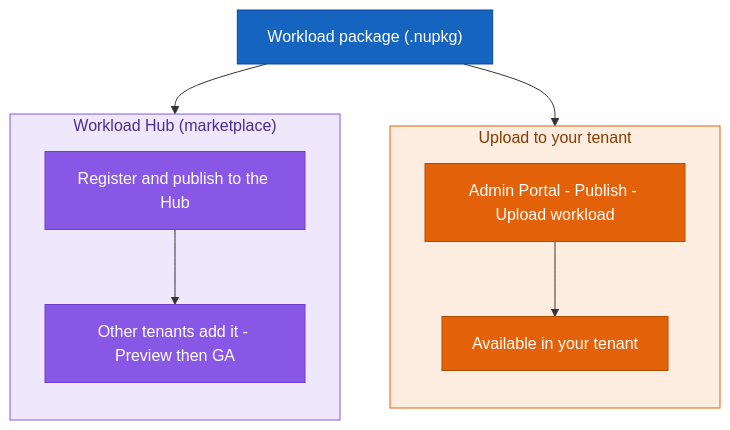
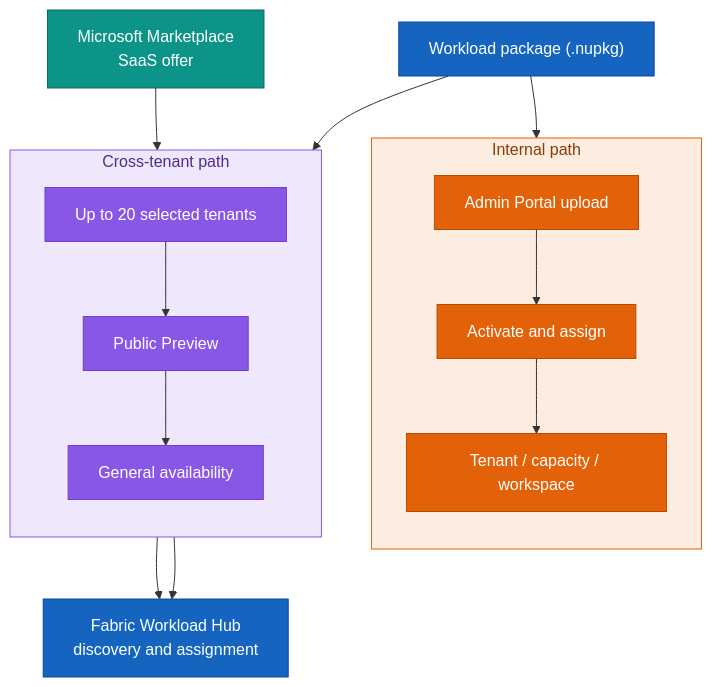
One commit to fredgis/BookWorkload changed the eighth of 8 diagrams in workload-chapter-outline.md. Above: the diagram before and after it, drawn with Mermaid. The commit also changed other lines of this file and 8 other files, not shown here.

````diff
--- a/workload-chapter-outline.md
+++ b/workload-chapter-outline.md
@@ -355,25 +382,36 @@
 ```mermaid
 flowchart TB
     PKG["Workload package (.nupkg)"]
-    subgraph A["Upload to your tenant"]
+    subgraph A["Internal path"]
         direction TB
-        UP["Admin Portal - Publish - Upload workload"]
-        TEN["Available in your tenant"]
-        UP --> TEN
+        UP["Admin Portal upload"]
+        ACT["Activate and assign"]
+        TEN["Tenant / capacity / workspace"]
+        UP --> ACT --> TEN
     end
-    subgraph B["Workload Hub (marketplace)"]
+    subgraph B["Cross-tenant path"]
         direction TB
-        HUB["Register and publish to the Hub"]
-        OTH["Other tenants add it - Preview then GA"]
-        HUB --> OTH
+        SELECTED["Up to 20 selected tenants"]
+        PREVIEW["Public Preview"]
+        GA["General availability"]
+        SELECTED --> PREVIEW --> GA
     end
+    OFFER["Microsoft Marketplace<br/>SaaS offer"]
+    HUB["Fabric Workload Hub<br/>discovery and assignment"]
     PKG --> UP
-    PKG --> HUB
+    PKG --> SELECTED
+    OFFER --> PREVIEW
+    PREVIEW --> HUB
+    GA --> HUB
     style PKG fill:#1565c0,stroke:#0d47a1,color:#ffffff
     style A fill:#fdece0,stroke:#e36209,color:#8a3b00
     style B fill:#efe7fb,stroke:#8957e5,color:#4f2c91
     style UP fill:#e36209,stroke:#b14e00,color:#ffffff
+    style ACT fill:#e36209,stroke:#b14e00,color:#ffffff
     style TEN fill:#e36209,stroke:#b14e00,color:#ffffff
-    style HUB fill:#8957e5,stroke:#6e40c9,color:#ffffff
-    style OTH fill:#8957e5,stroke:#6e40c9,color:#ffffff
+    style SELECTED fill:#8957e5,stroke:#6e40c9,color:#ffffff
+    style PREVIEW fill:#8957e5,stroke:#6e40c9,color:#ffffff
+    style GA fill:#8957e5,stroke:#6e40c9,color:#ffffff
+    style OFFER fill:#0d9488,stroke:#0a6b62,color:#ffffff
+    style HUB fill:#1565c0,stroke:#0d47a1,color:#ffffff
 ```
````
